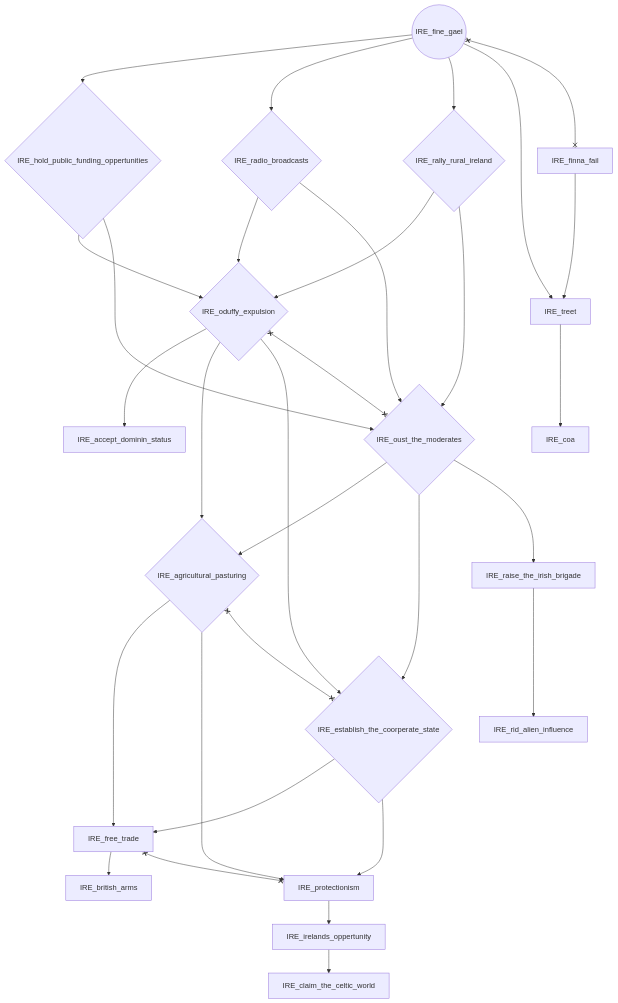
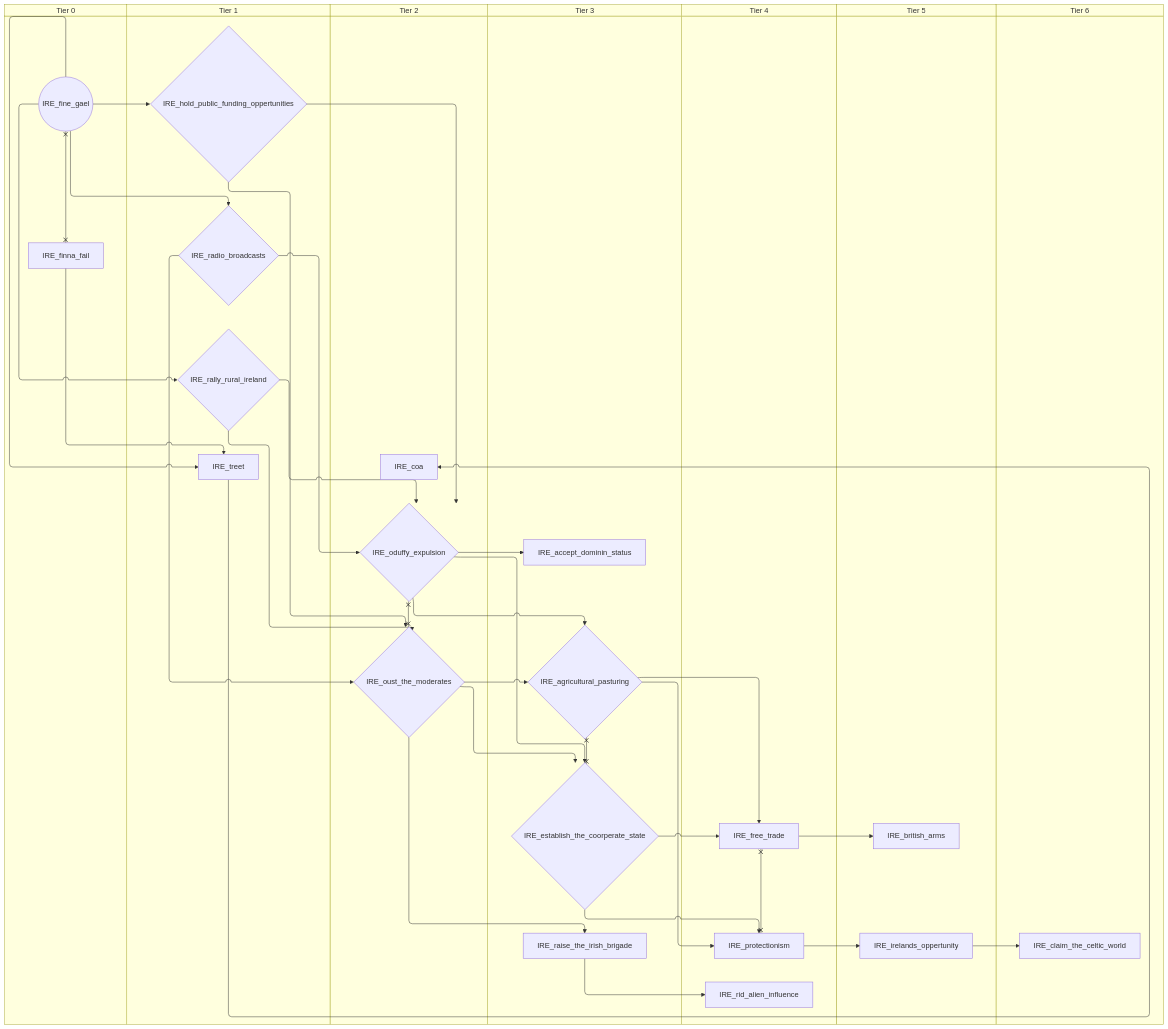
One commit to evgeny-sobol/hoi4-sandbox-mode-r56 changed the first of 2 diagrams in docs/gdd/National Focuses/ireland.md. Above: the diagram before and after it, drawn with Mermaid. The commit also changed other lines of this file and 423 other files, not shown here.

First line of the commit message:
Re-export Rt56 focus trees as swimlane diagrams

````diff
--- a/docs/gdd/National Focuses/ireland.md
+++ b/docs/gdd/National Focuses/ireland.md
@@ -3,52 +3,66 @@
 ```mermaid
-flowchart TD
-    n1["IRE_accept_dominin_status"]
-    n2{"IRE_agricultural_pasturing"}
-    n3["IRE_british_arms"]
-    n4["IRE_claim_the_celtic_world"]
-    n5["IRE_coa"]
-    n6{"IRE_establish_the_coorperate_state"}
-    n7(("IRE_fine_gael"))
-    n8["IRE_finna_fail"]
-    n9["IRE_free_trade"]
-    n10{"IRE_hold_public_funding_oppertunities"}
-    n11["IRE_irelands_oppertunity"]
-    n12{"IRE_oduffy_expulsion"}
-    n13{"IRE_oust_the_moderates"}
-    n14["IRE_protectionism"]
-    n15{"IRE_radio_broadcasts"}
-    n16["IRE_raise_the_irish_brigade"]
-    n17{"IRE_rally_rural_ireland"}
-    n18["IRE_rid_alien_influence"]
-    n19["IRE_treet"]
-    n12 --> n1
-    n12 --> n2
-    n13 --> n2
-    n9 --> n3
-    n11 --> n4
-    n19 --> n5
-    n12 --> n6
-    n13 --> n6
-    n2 --> n9
-    n6 --> n9
-    n7 --> n10
-    n14 --> n11
-    n15 --> n12
-    n10 --> n12
-    n17 --> n12
-    n15 --> n13
-    n10 --> n13
-    n17 --> n13
-    n2 --> n14
-    n6 --> n14
-    n7 --> n15
+swimlane-beta TD
+    subgraph tier_0["Tier 0"]
+        n1(("IRE_fine_gael"))
+        n2["IRE_finna_fail"]
+    end
+    subgraph tier_1["Tier 1"]
+        n3{"IRE_hold_public_funding_oppertunities"}
+        n4{"IRE_radio_broadcasts"}
+        n5{"IRE_rally_rural_ireland"}
+        n6["IRE_treet"]
+    end
+    subgraph tier_2["Tier 2"]
+        n7["IRE_coa"]
+        n8{"IRE_oduffy_expulsion"}
+        n9{"IRE_oust_the_moderates"}
+    end
+    subgraph tier_3["Tier 3"]
+        n10["IRE_accept_dominin_status"]
+        n11{"IRE_agricultural_pasturing"}
+        n12{"IRE_establish_the_coorperate_state"}
+        n13["IRE_raise_the_irish_brigade"]
+    end
+    subgraph tier_4["Tier 4"]
+        n14["IRE_free_trade"]
+        n15["IRE_protectionism"]
+        n16["IRE_rid_alien_influence"]
+    end
+    subgraph tier_5["Tier 5"]
+        n17["IRE_british_arms"]
+        n18["IRE_irelands_oppertunity"]
+    end
+    subgraph tier_6["Tier 6"]
+        n19["IRE_claim_the_celtic_world"]
+    end
+    n8 --> n10
+    n8 --> n11
+    n9 --> n11
+    n14 --> n17
+    n18 --> n19
+    n6 --> n7
+    n8 --> n12
+    n9 --> n12
+    n11 --> n14
+    n12 --> n14
+    n1 --> n3
+    n15 --> n18
+    n4 --> n8
+    n3 --> n8
+    n5 --> n8
+    n4 --> n9
+    n3 --> n9
+    n5 --> n9
+    n11 --> n15
+    n12 --> n15
+    n1 --> n4
+    n9 --> n13
+    n1 --> n5
     n13 --> n16
-    n7 --> n17
-    n16 --> n18
-    n8 --> n19
-    n7 --> n19
-    n2 x--x n6
-    n7 x--x n8
-    n9 x--x n14
-    n12 x--x n13
+    n2 --> n6
+    n1 --> n6
+    n11 x--x n12
+    n1 x--x n2
+    n14 x--x n15
+    n8 x--x n9
 ```
````
